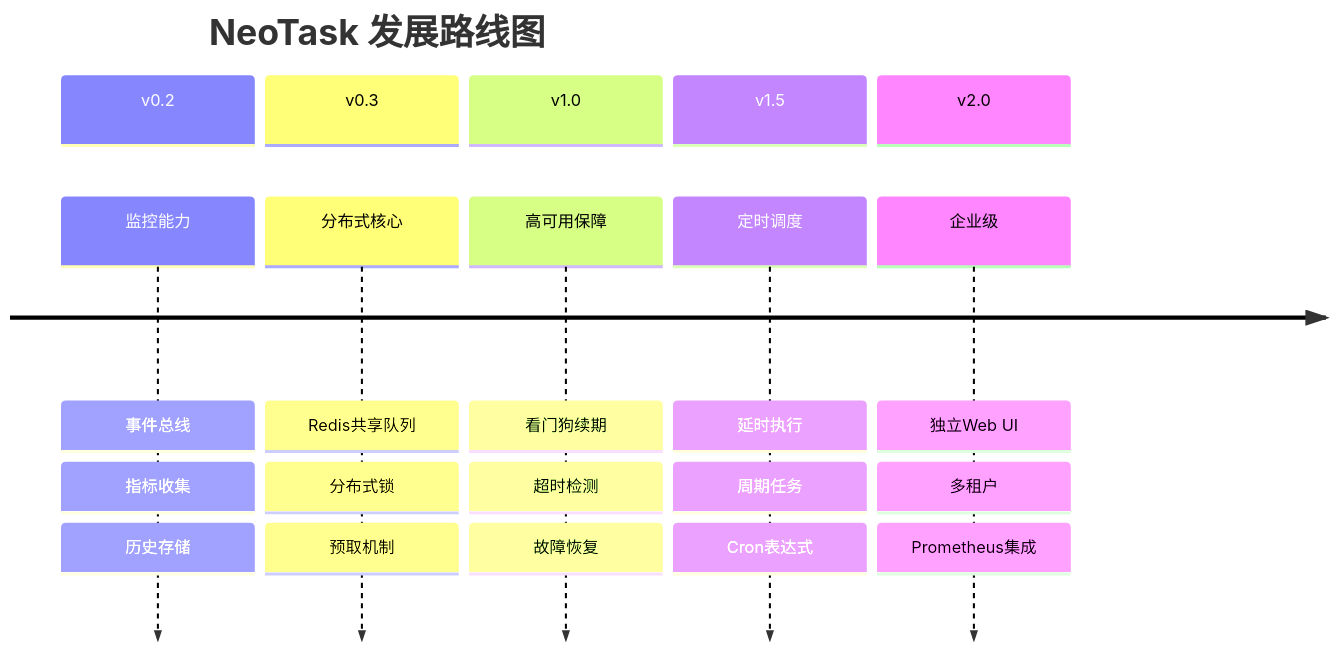
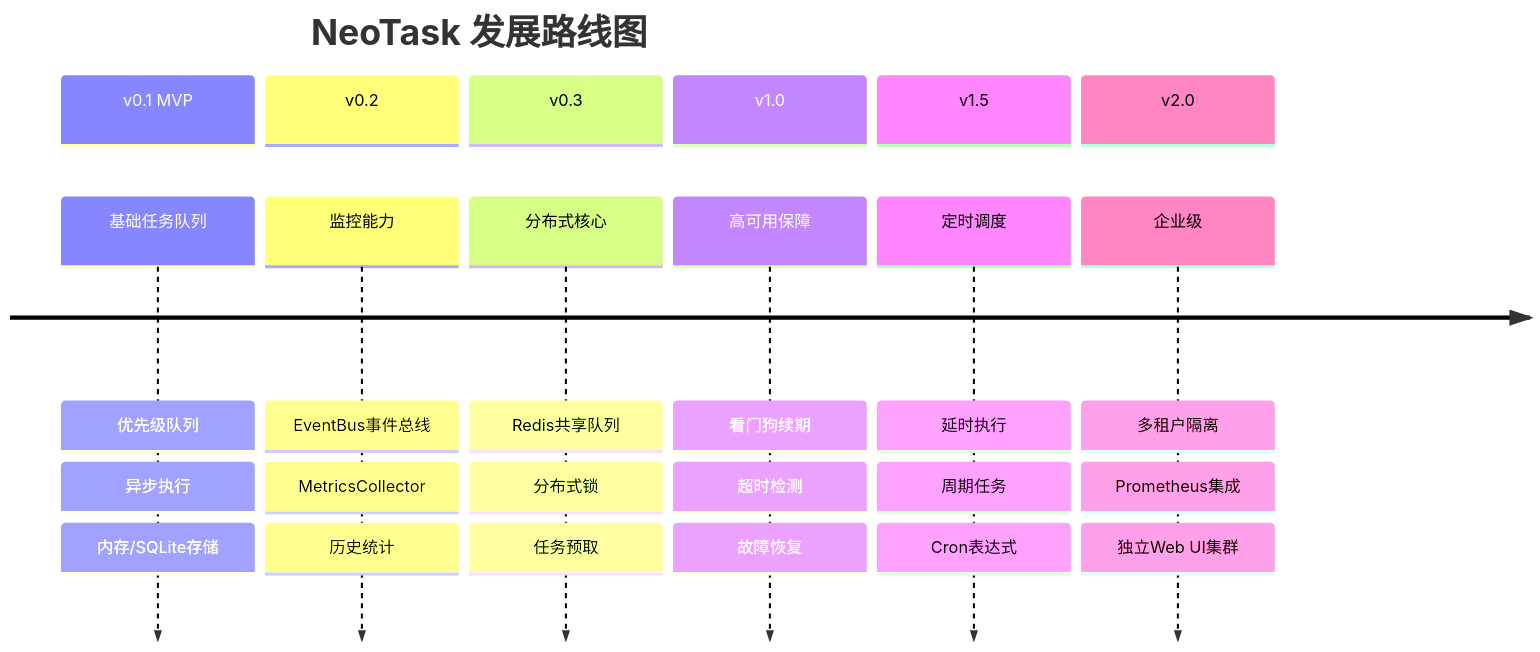
Before and after one commit to neopen/neotask: the fourth of 4 diagrams in README.md, drawn with Mermaid. The commit also changed other lines of this file, not shown here.

````diff
--- a/README.md
+++ b/README.md
@@ -167,29 +347,34 @@
 ```mermaid
 timeline
     title NeoTask 发展路线图
     
+    section v0.1 MVP
+        基础任务队列 : 优先级队列
+                    : 异步执行
+                    : 内存/SQLite存储
+                    
     section v0.2
-        监控能力 : 事件总线
-                 : 指标收集
-                 : 历史存储
+        监控能力 : EventBus事件总线
+                 : MetricsCollector
+                 : 历史统计
                  
     section v0.3
         分布式核心 : Redis共享队列
                    : 分布式锁
-                   : 预取机制
+                   : 任务预取
                    
     section v1.0
         高可用保障 : 看门狗续期
                    : 超时检测
                    : 故障恢复
 
     section v1.5
         定时调度 : 延时执行
-               : 周期任务
-               : Cron表达式
-               
+                 : 周期任务
+                 : Cron表达式
+                 
     section v2.0
-        企业级 : 独立Web UI
-               : 多租户
+        企业级 : 多租户隔离
                : Prometheus集成
+               : 独立Web UI集群
 ```
````
